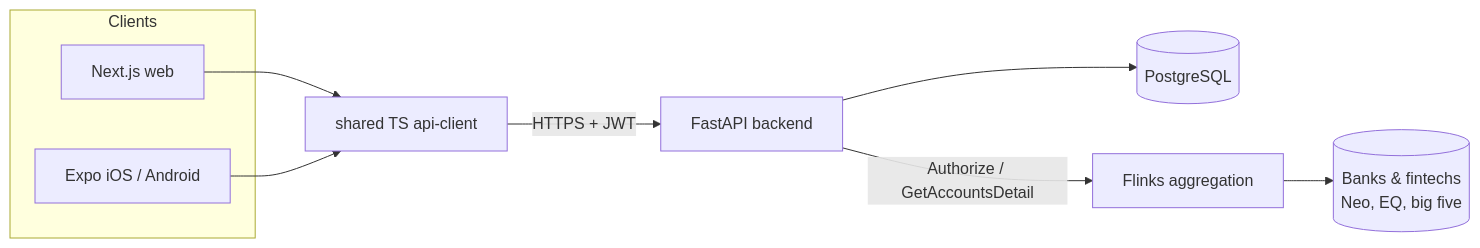
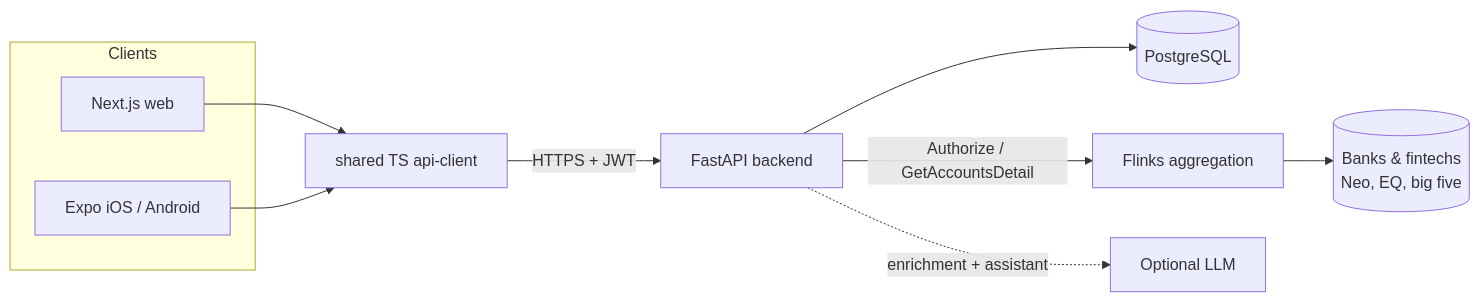
Before and after one commit to anirudh-devanand/ai-enabled-budget-er: the diagram in README.md, drawn with Mermaid. The commit also changed other lines of this file and 47 other files, not shown here.

````diff
--- a/README.md
+++ b/README.md
@@ -32,19 +31,21 @@
 ```mermaid
 flowchart LR
     subgraph clients [Clients]
         web[Next.js web]
         mobile[Expo iOS / Android]
     end
     client[shared TS api-client]
     api[FastAPI backend]
     pg[(PostgreSQL)]
     flinks[Flinks aggregation]
     banks[(Banks & fintechs<br/>Neo, EQ, big five)]
+    llm[Optional LLM]
 
     web --> client
     mobile --> client
     client -->|HTTPS + JWT| api
     api --> pg
     api -->|Authorize / GetAccountsDetail| flinks
     flinks --> banks
+    api -.->|enrichment + assistant| llm
 ```
````
